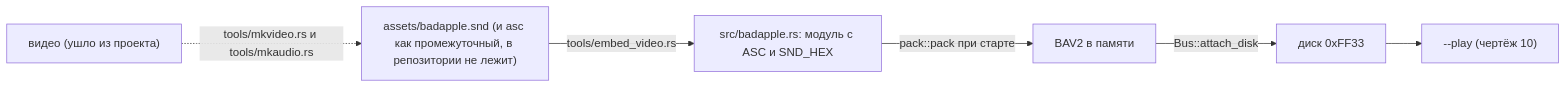
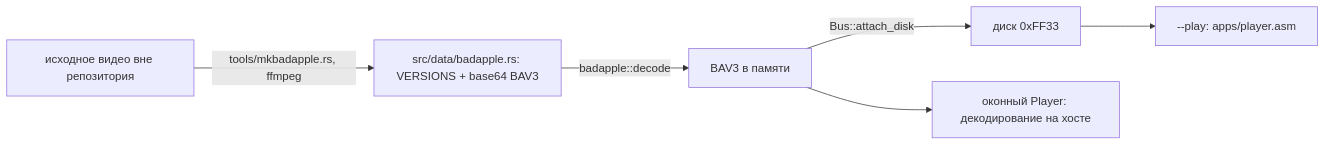
Diagram 20 of 40 in чертежи.md (loki5512344ss/SummumOS), drawn with Mermaid before and after one commit. The commit also changed other lines of this file and 40 other files, not shown here.

````diff
--- a/чертежи.md
+++ b/чертежи.md
@@ -501,8 +506,8 @@
 ```mermaid
 graph LR
-    mp4["видео (ушло из проекта)"] -.->|"tools/mkvideo.rs и tools/mkaudio.rs"| assets["assets/badapple.snd (и asc как промежуточный, в репозитории не лежит)"]
-    assets -->|"tools/embed_video.rs"| mod["src/badapple.rs: модуль с ASC и SND_HEX"]
-    mod -->|"pack::pack при старте"| bav["BAV2 в памяти"]
+    mp4["исходное видео вне репозитория"] -->|"tools/mkbadapple.rs, ffmpeg"| mod["src/data/badapple.rs: VERSIONS + base64 BAV3"]
+    mod -->|"badapple::decode"| bav["BAV3 в памяти"]
     bav -->|"Bus::attach_disk"| disk["диск 0xFF33"]
-    disk --> play["--play (чертёж 10)"]
+    disk --> play["--play: apps/player.asm"]
+    bav --> host["оконный Player: декодирование на хосте"]
 ```
````
